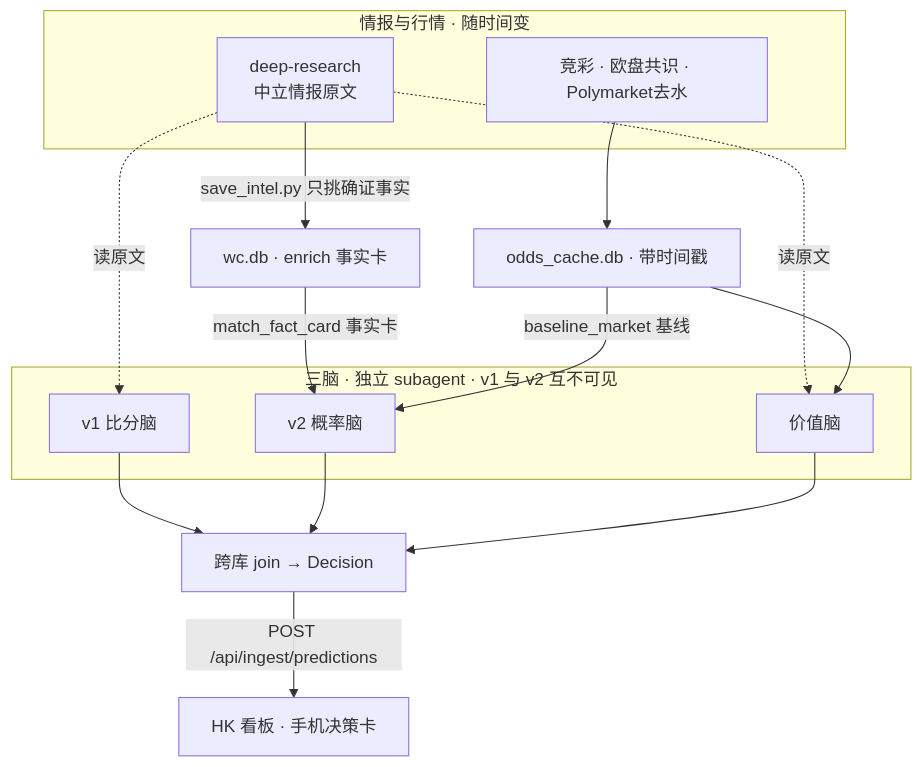
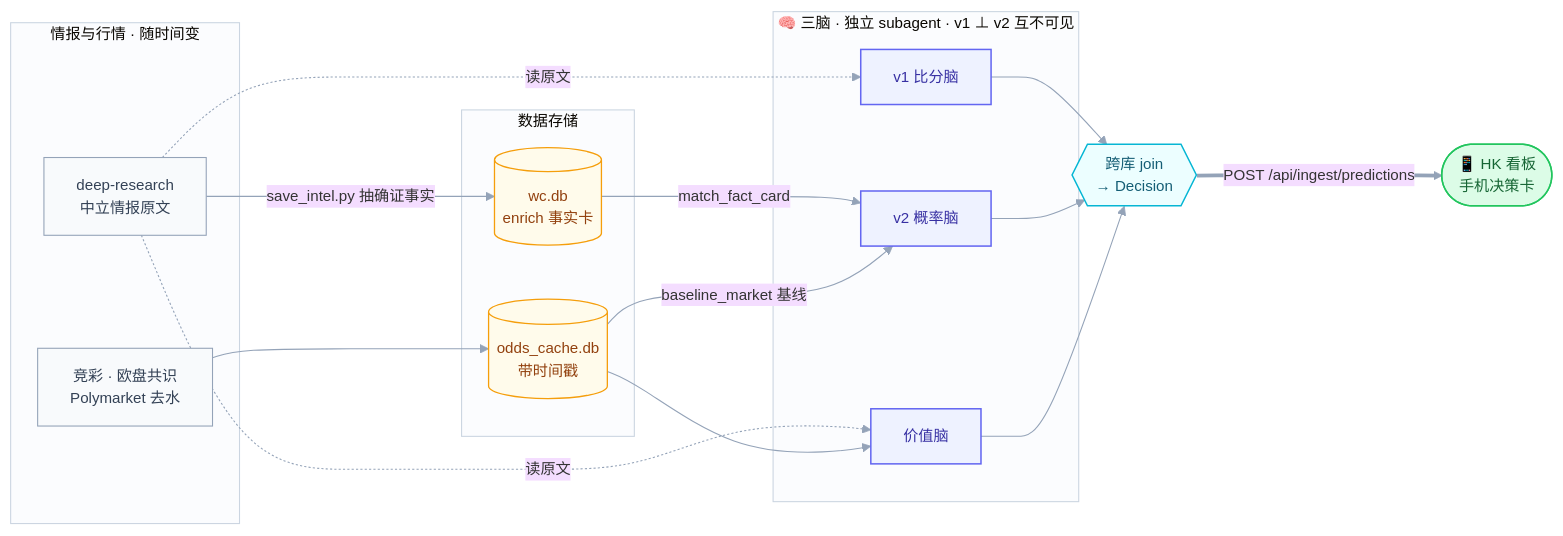
The diagram in README.md (hyndaniel/fifa-world-cup-2026), drawn with Mermaid before and after one commit.

Commit message:
docs(readme): 架构图升级为高级风格(LR 管线 + 配色分类)
- 横向管线 flowchart LR:情报源 → 数据存储 → 三脑 → join → 看板
- 按角色 classDef 配色(slate源/amber库/indigo脑/cyan-join/emerald看板)
- 形状语义化:数据库圆柱、join 六边形、看板胶囊、POST 路径加粗箭头
- 自定义主题(系统字体 + 柔和 lineColor),「数据存储」分组
经 mermaid-cli 实渲染验证(系统 Chrome):SVG 生成、文本完整、htmlLabels
模式 → GitHub 不裁切。

````diff
--- a/README.md
+++ b/README.md
@@ -19,27 +19,43 @@
 ```mermaid
-flowchart TB
+%%{init: {"theme":"base","themeVariables":{"fontFamily":"PingFang SC,Microsoft YaHei,-apple-system,Segoe UI,Arial,sans-serif","fontSize":"14px","lineColor":"#94a3b8","clusterBkg":"#fbfcfe","clusterBorder":"#cbd5e1"}}}%%
+flowchart LR
     subgraph SRC["情报与行情 · 随时间变"]
         DS["deep-research<br/>中立情报原文"]
-        ODDS["竞彩 · 欧盘共识 · Polymarket去水"]
+        ODDS["竞彩 · 欧盘共识<br/>Polymarket 去水"]
     end
 
-    DS -->|"save_intel.py 只挑确证事实"| ENRICH["wc.db · enrich 事实卡"]
-    ODDS --> CACHE["odds_cache.db · 带时间戳"]
+    subgraph STORE["数据存储"]
+        ENRICH[("wc.db<br/>enrich 事实卡")]
+        CACHE[("odds_cache.db<br/>带时间戳")]
+    end
 
-    subgraph BRAINS["三脑 · 独立 subagent · v1 与 v2 互不可见"]
+    subgraph BRAINS["🧠 三脑 · 独立 subagent · v1 ⊥ v2 互不可见"]
         V1["v1 比分脑"]
         V2["v2 概率脑"]
         VAL["价值脑"]
     end
 
-    DS -.->|读原文| V1
-    DS -.->|读原文| VAL
-    ENRICH -->|"match_fact_card 事实卡"| V2
+    DS -->|"save_intel.py 抽确证事实"| ENRICH
+    ODDS --> CACHE
+    DS -.->|"读原文"| V1
+    DS -.->|"读原文"| VAL
+    ENRICH -->|"match_fact_card"| V2
     CACHE -->|"baseline_market 基线"| V2
     CACHE --> VAL
-
-    V1 --> JOIN["跨库 join → Decision"]
+    V1 --> JOIN{{"跨库 join<br/>→ Decision"}}
     V2 --> JOIN
     VAL --> JOIN
-    JOIN -->|"POST /api/ingest/predictions"| DASH["HK 看板 · 手机决策卡"]
+    JOIN ==>|"POST /api/ingest/predictions"| DASH(["📱 HK 看板<br/>手机决策卡"])
+
+    classDef src fill:#f8fafc,stroke:#94a3b8,stroke-width:1px,color:#334155;
+    classDef store fill:#fffbeb,stroke:#f59e0b,stroke-width:1.2px,color:#92400e;
+    classDef brain fill:#eef2ff,stroke:#6366f1,stroke-width:1.4px,color:#3730a3;
+    classDef join fill:#ecfeff,stroke:#06b6d4,stroke-width:1.4px,color:#155e75;
+    classDef out fill:#dcfce7,stroke:#22c55e,stroke-width:1.4px,color:#166534;
+
+    class DS,ODDS src
+    class ENRICH,CACHE store
+    class V1,V2,VAL brain
+    class JOIN join
+    class DASH out
 ```
````
